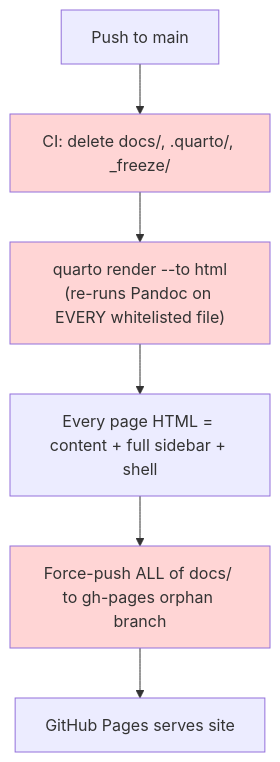
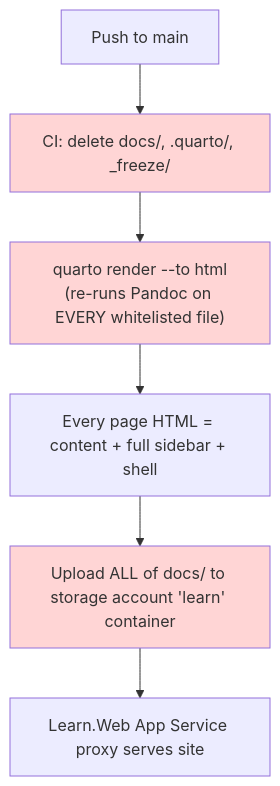
Before and after one commit to darioairoldi/Learn: the first of 2 diagrams in src/docs/90. Issues/202607/20270711.02-progressive-build/00-analysis.md, drawn with Mermaid. The commit also changed other lines of this file and 50 other files, not shown here.

Commit message:
Learn Web update

````diff
--- a/src/docs/90. Issues/202607/20270711.02-progressive-build/00-analysis.md
+++ b/src/docs/90. Issues/202607/20270711.02-progressive-build/00-analysis.md
@@ -99,11 +104,11 @@
 ```mermaid
 flowchart TD
     A[Push to main] --> B[CI: delete docs/, .quarto/, _freeze/]
     B --> C["quarto render --to html<br/>(re-runs Pandoc on EVERY whitelisted file)"]
     C --> D["Every page HTML = content + full sidebar + shell"]
-    D --> E[Force-push ALL of docs/ to gh-pages orphan branch]
-    E --> F[GitHub Pages serves site]
+    D --> E[Upload ALL of docs/ to storage account 'learn' container]
+    E --> F[Learn.Web App Service proxy serves site]
     style B fill:#ffd5d5
     style C fill:#ffd5d5
     style E fill:#ffd5d5
 ```
````
